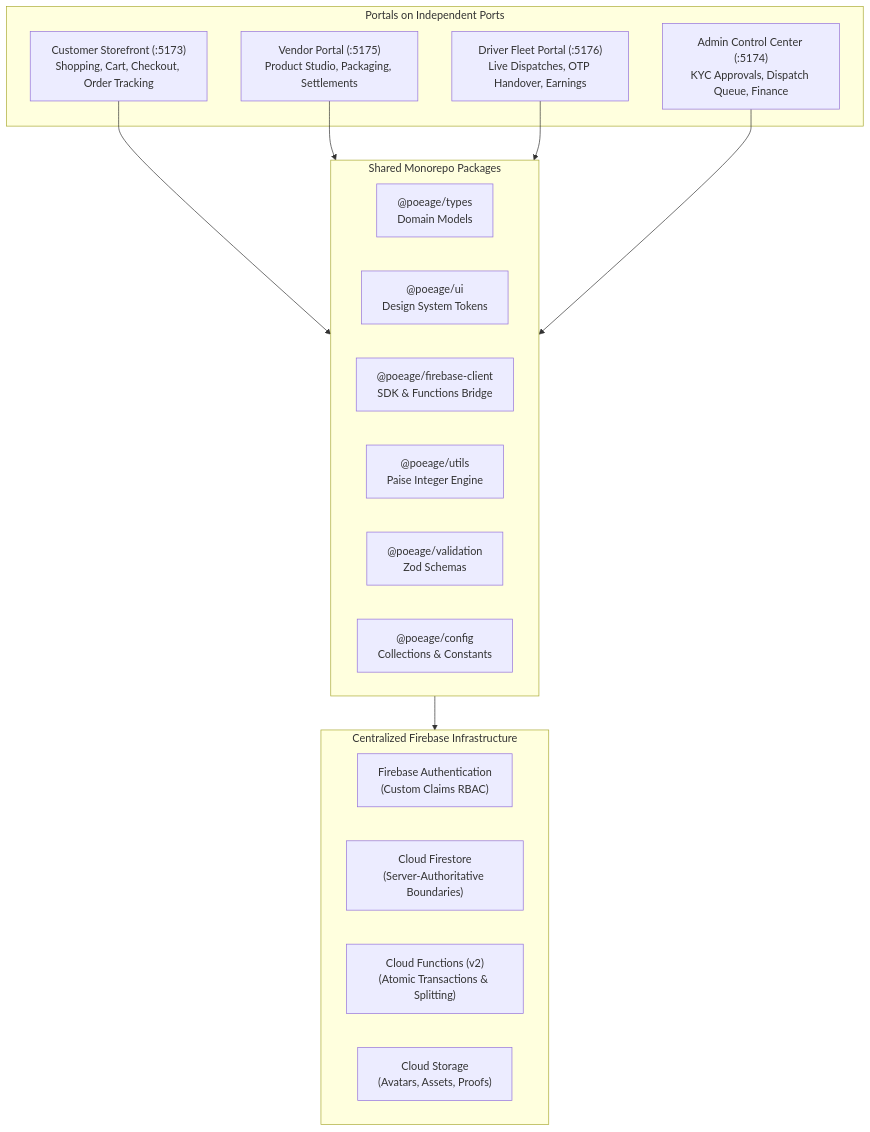
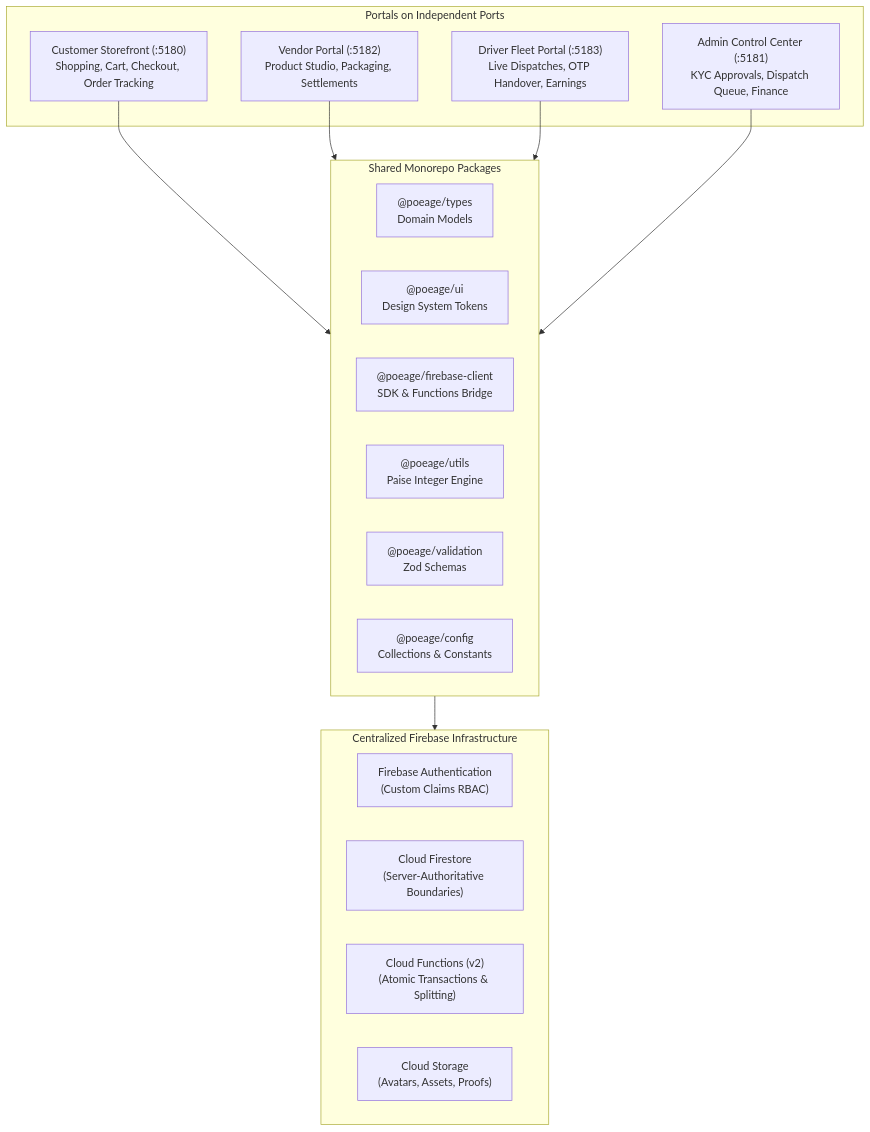
Before and after one commit to poeagehub/poeage-hub: the first of 2 diagrams in docs/architecture.md, drawn with Mermaid. The commit also changed 128 other files, not shown here.

````diff
--- a/docs/architecture.md
+++ b/docs/architecture.md
@@ -15,32 +15,32 @@
 ```mermaid
 graph TD
     subgraph Frontend Portals [Portals on Independent Ports]
-        UserApp["Customer Storefront (:5173)<br/>Shopping, Cart, Checkout, Order Tracking"]
-        VendorApp["Vendor Portal (:5175)<br/>Product Studio, Packaging, Settlements"]
-        DriverApp["Driver Fleet Portal (:5176)<br/>Live Dispatches, OTP Handover, Earnings"]
-        AdminApp["Admin Control Center (:5174)<br/>KYC Approvals, Dispatch Queue, Finance"]
+        UserApp["Customer Storefront (:5180)<br/>Shopping, Cart, Checkout, Order Tracking"]
+        VendorApp["Vendor Portal (:5182)<br/>Product Studio, Packaging, Settlements"]
+        DriverApp["Driver Fleet Portal (:5183)<br/>Live Dispatches, OTP Handover, Earnings"]
+        AdminApp["Admin Control Center (:5181)<br/>KYC Approvals, Dispatch Queue, Finance"]
     end
 
     subgraph SharedMonorepo [Shared Monorepo Packages]
         Types["@poeage/types<br/>Domain Models"]
         UI["@poeage/ui<br/>Design System Tokens"]
         Client["@poeage/firebase-client<br/>SDK & Functions Bridge"]
         Utils["@poeage/utils<br/>Paise Integer Engine"]
         Validation["@poeage/validation<br/>Zod Schemas"]
         Config["@poeage/config<br/>Collections & Constants"]
     end
 
     subgraph FirebaseInfrastructure [Centralized Firebase Infrastructure]
         Auth["Firebase Authentication<br/>(Custom Claims RBAC)"]
         Firestore["Cloud Firestore<br/>(Server-Authoritative Boundaries)"]
         Functions["Cloud Functions (v2)<br/>(Atomic Transactions & Splitting)"]
         Storage["Cloud Storage<br/>(Avatars, Assets, Proofs)"]
     end
 
     UserApp --> SharedMonorepo
     VendorApp --> SharedMonorepo
     DriverApp --> SharedMonorepo
     AdminApp --> SharedMonorepo
 
     SharedMonorepo --> FirebaseInfrastructure
 ```
````
